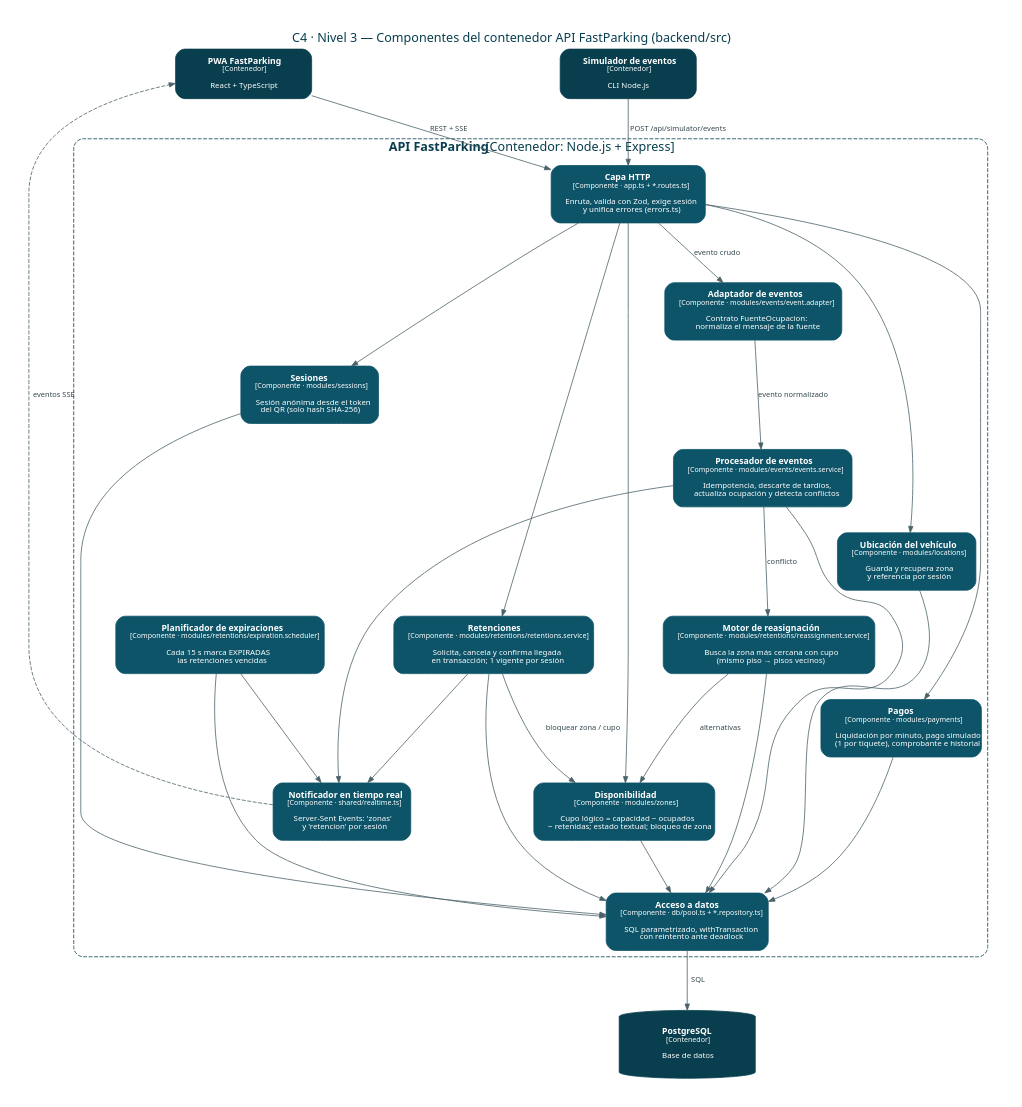
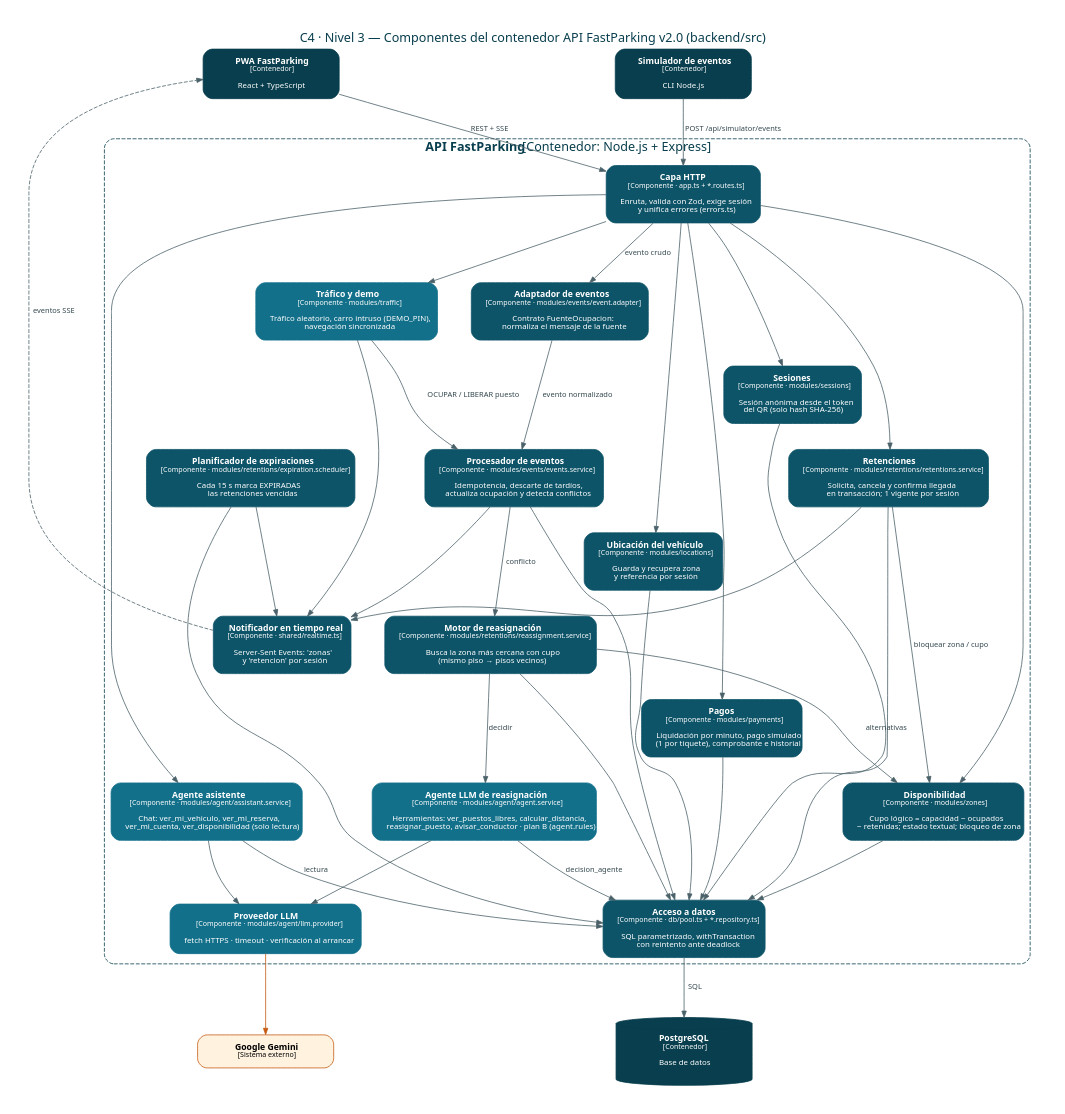
One commit to N4SL7/fastparking changed the diagram in docs/diagramas/fuentes/c4-nivel3-componentes.dot. Above: the diagram before and after it, drawn with Graphviz. The commit also changed 22 other files, not shown here.

First line of the commit message:
docs: documento técnico v2.0, plan de trabajo al 100 %, diagramas y guion de sustentación

```diff
--- a/docs/diagramas/fuentes/c4-nivel3-componentes.dot
+++ b/docs/diagramas/fuentes/c4-nivel3-componentes.dot
@@ -1,35 +1,42 @@
 digraph C4_3 { graph [fontname="Segoe UI,Arial,Helvetica,sans-serif", pad=0.4, nodesep=0.9, ranksep=1.0, bgcolor="white", labelloc=t, fontsize=16, fontcolor="#083E4D"];
 node [fontname="Segoe UI,Arial,Helvetica,sans-serif", fontsize=11, margin="0.25,0.15", width=2.6];
 edge [fontname="Segoe UI,Arial,Helvetica,sans-serif", fontsize=9.5, color="#4b6169", fontcolor="#33474e", arrowsize=0.8];
-graph [label="C4 · Nivel 3 — Componentes del contenedor API FastParking (backend/src)", nodesep=0.6, ranksep=0.9];
+graph [label="C4 · Nivel 3 — Componentes del contenedor API FastParking v2.0 (backend/src)", nodesep=0.6, ranksep=0.9];
 node [width=2.4];
 pwa [shape=box, style="rounded,filled", fillcolor="#083E4D", color="#083E4D", label=<<B>PWA FastParking</B><BR/><FONT POINT-SIZE="9">[Contenedor]</FONT><BR/><BR/><FONT POINT-SIZE="10">React + TypeScript</FONT>>, fontcolor="white"];
 sim [shape=box, style="rounded,filled", fillcolor="#083E4D", color="#083E4D", label=<<B>Simulador de eventos</B><BR/><FONT POINT-SIZE="9">[Contenedor]</FONT><BR/><BR/><FONT POINT-SIZE="10">CLI Node.js</FONT>>, fontcolor="white"];
 db [shape=cylinder, style="rounded,filled", fillcolor="#083E4D", color="#083E4D", label=<<B>PostgreSQL</B><BR/><FONT POINT-SIZE="9">[Contenedor]</FONT><BR/><BR/><FONT POINT-SIZE="10">Base de datos</FONT>>, fontcolor="white"];
 subgraph cluster_api { label=<<B>API FastParking</B> [Contenedor: Node.js + Express]>; style="dashed,rounded"; color="#083E4D"; fontcolor="#083E4D";
   http [shape=box, style="rounded,filled", fillcolor="#0d5468", color="#0d5468", label=<<B>Capa HTTP</B><BR/><FONT POINT-SIZE="9">[Componente · app.ts + *.routes.ts]</FONT><BR/><BR/><FONT POINT-SIZE="10">Enruta, valida con Zod, exige sesión<BR/>y unifica errores (errors.ts)</FONT>>, fontcolor="white"];
   ses [shape=box, style="rounded,filled", fillcolor="#0d5468", color="#0d5468", label=<<B>Sesiones</B><BR/><FONT POINT-SIZE="9">[Componente · modules/sessions]</FONT><BR/><BR/><FONT POINT-SIZE="10">Sesión anónima desde el token<BR/>del QR (solo hash SHA-256)</FONT>>, fontcolor="white"];
   disp [shape=box, style="rounded,filled", fillcolor="#0d5468", color="#0d5468", label=<<B>Disponibilidad</B><BR/><FONT POINT-SIZE="9">[Componente · modules/zones]</FONT><BR/><BR/><FONT POINT-SIZE="10">Cupo lógico = capacidad − ocupados<BR/>− retenidas; estado textual; bloqueo de zona</FONT>>, fontcolor="white"];
   ret [shape=box, style="rounded,filled", fillcolor="#0d5468", color="#0d5468", label=<<B>Retenciones</B><BR/><FONT POINT-SIZE="9">[Componente · modules/retentions/retentions.service]</FONT><BR/><BR/><FONT POINT-SIZE="10">Solicita, cancela y confirma llegada<BR/>en transacción; 1 vigente por sesión</FONT>>, fontcolor="white"];
   reas [shape=box, style="rounded,filled", fillcolor="#0d5468", color="#0d5468", label=<<B>Motor de reasignación</B><BR/><FONT POINT-SIZE="9">[Componente · modules/retentions/reassignment.service]</FONT><BR/><BR/><FONT POINT-SIZE="10">Busca la zona más cercana con cupo<BR/>(mismo piso → pisos vecinos)</FONT>>, fontcolor="white"];
   exp [shape=box, style="rounded,filled", fillcolor="#0d5468", color="#0d5468", label=<<B>Planificador de expiraciones</B><BR/><FONT POINT-SIZE="9">[Componente · modules/retentions/expiration.scheduler]</FONT><BR/><BR/><FONT POINT-SIZE="10">Cada 15 s marca EXPIRADAS<BR/>las retenciones vencidas</FONT>>, fontcolor="white"];
   adap [shape=box, style="rounded,filled", fillcolor="#0d5468", color="#0d5468", label=<<B>Adaptador de eventos</B><BR/><FONT POINT-SIZE="9">[Componente · modules/events/event.adapter]</FONT><BR/><BR/><FONT POINT-SIZE="10">Contrato FuenteOcupacion:<BR/>normaliza el mensaje de la fuente</FONT>>, fontcolor="white"];
   proc [shape=box, style="rounded,filled", fillcolor="#0d5468", color="#0d5468", label=<<B>Procesador de eventos</B><BR/><FONT POINT-SIZE="9">[Componente · modules/events/events.service]</FONT><BR/><BR/><FONT POINT-SIZE="10">Idempotencia, descarte de tardíos,<BR/>actualiza ocupación y detecta conflictos</FONT>>, fontcolor="white"];
   ubi [shape=box, style="rounded,filled", fillcolor="#0d5468", color="#0d5468", label=<<B>Ubicación del vehículo</B><BR/><FONT POINT-SIZE="9">[Componente · modules/locations]</FONT><BR/><BR/><FONT POINT-SIZE="10">Guarda y recupera zona<BR/>y referencia por sesión</FONT>>, fontcolor="white"];
   pagos [shape=box, style="rounded,filled", fillcolor="#0d5468", color="#0d5468", label=<<B>Pagos</B><BR/><FONT POINT-SIZE="9">[Componente · modules/payments]</FONT><BR/><BR/><FONT POINT-SIZE="10">Liquidación por minuto, pago simulado<BR/>(1 por tiquete), comprobante e historial</FONT>>, fontcolor="white"];
   sse [shape=box, style="rounded,filled", fillcolor="#0d5468", color="#0d5468", label=<<B>Notificador en tiempo real</B><BR/><FONT POINT-SIZE="9">[Componente · shared/realtime.ts]</FONT><BR/><BR/><FONT POINT-SIZE="10">Server-Sent Events: 'zonas'<BR/>y 'retencion' por sesión</FONT>>, fontcolor="white"];
+  agente [shape=box, style="rounded,filled", fillcolor="#13708a", color="#13708a", label=<<B>Agente LLM de reasignación</B><BR/><FONT POINT-SIZE="9">[Componente · modules/agent/agent.service]</FONT><BR/><BR/><FONT POINT-SIZE="10">Herramientas: ver_puestos_libres, calcular_distancia,<BR/>reasignar_puesto, avisar_conductor · plan B (agent.rules)</FONT>>, fontcolor="white"];
+  asis [shape=box, style="rounded,filled", fillcolor="#13708a", color="#13708a", label=<<B>Agente asistente</B><BR/><FONT POINT-SIZE="9">[Componente · modules/agent/assistant.service]</FONT><BR/><BR/><FONT POINT-SIZE="10">Chat: ver_mi_vehiculo, ver_mi_reserva,<BR/>ver_mi_cuenta, ver_disponibilidad (solo lectura)</FONT>>, fontcolor="white"];
+  llm [shape=box, style="rounded,filled", fillcolor="#13708a", color="#13708a", label=<<B>Proveedor LLM</B><BR/><FONT POINT-SIZE="9">[Componente · modules/agent/llm.provider]</FONT><BR/><BR/><FONT POINT-SIZE="10">fetch HTTPS · timeout · verificación al arrancar</FONT>>, fontcolor="white"];
+  traf [shape=box, style="rounded,filled", fillcolor="#13708a", color="#13708a", label=<<B>Tráfico y demo</B><BR/><FONT POINT-SIZE="9">[Componente · modules/traffic]</FONT><BR/><BR/><FONT POINT-SIZE="10">Tráfico aleatorio, carro intruso (DEMO_PIN),<BR/>navegación sincronizada</FONT>>, fontcolor="white"];
   repo [shape=box, style="rounded,filled", fillcolor="#0d5468", color="#0d5468", label=<<B>Acceso a datos</B><BR/><FONT POINT-SIZE="9">[Componente · db/pool.ts + *.repository.ts]</FONT><BR/><BR/><FONT POINT-SIZE="10">SQL parametrizado, withTransaction<BR/>con reintento ante deadlock</FONT>>, fontcolor="white"];
 }
 pwa -> http [label="  REST + SSE"];
 sim -> http [label="  POST /api/simulator/events"];
 http -> ses; http -> disp; http -> ret; http -> ubi; http -> pagos; pagos -> repo; http -> adap [label=" evento crudo"];
 adap -> proc [label=" evento normalizado"];
 proc -> reas [label=" conflicto"];
 reas -> disp [label=" alternativas"];
 ret -> disp [label=" bloquear zona / cupo"];
 ret -> sse; proc -> sse; exp -> sse;
 sse -> pwa [style=dashed, label="  eventos SSE"];
 ses -> repo; disp -> repo; ret -> repo; reas -> repo; exp -> repo; proc -> repo; ubi -> repo;
 repo -> db [label="  SQL"];
+gem [shape=box, style="rounded,filled", fillcolor="#fff3e0", color="#c55a11", label=<<B>Google Gemini</B><BR/><FONT POINT-SIZE="9">[Sistema externo]</FONT>>];
+reas -> agente [label=" decidir"]; agente -> llm; asis -> llm; llm -> gem [color="#c55a11"];
+http -> asis; http -> traf; traf -> proc [label=" OCUPAR / LIBERAR puesto"]; agente -> repo [label=" decision_agente"]; asis -> repo [label=" lectura"]; traf -> sse;
 {rank=same; pwa; sim}
 }
```
